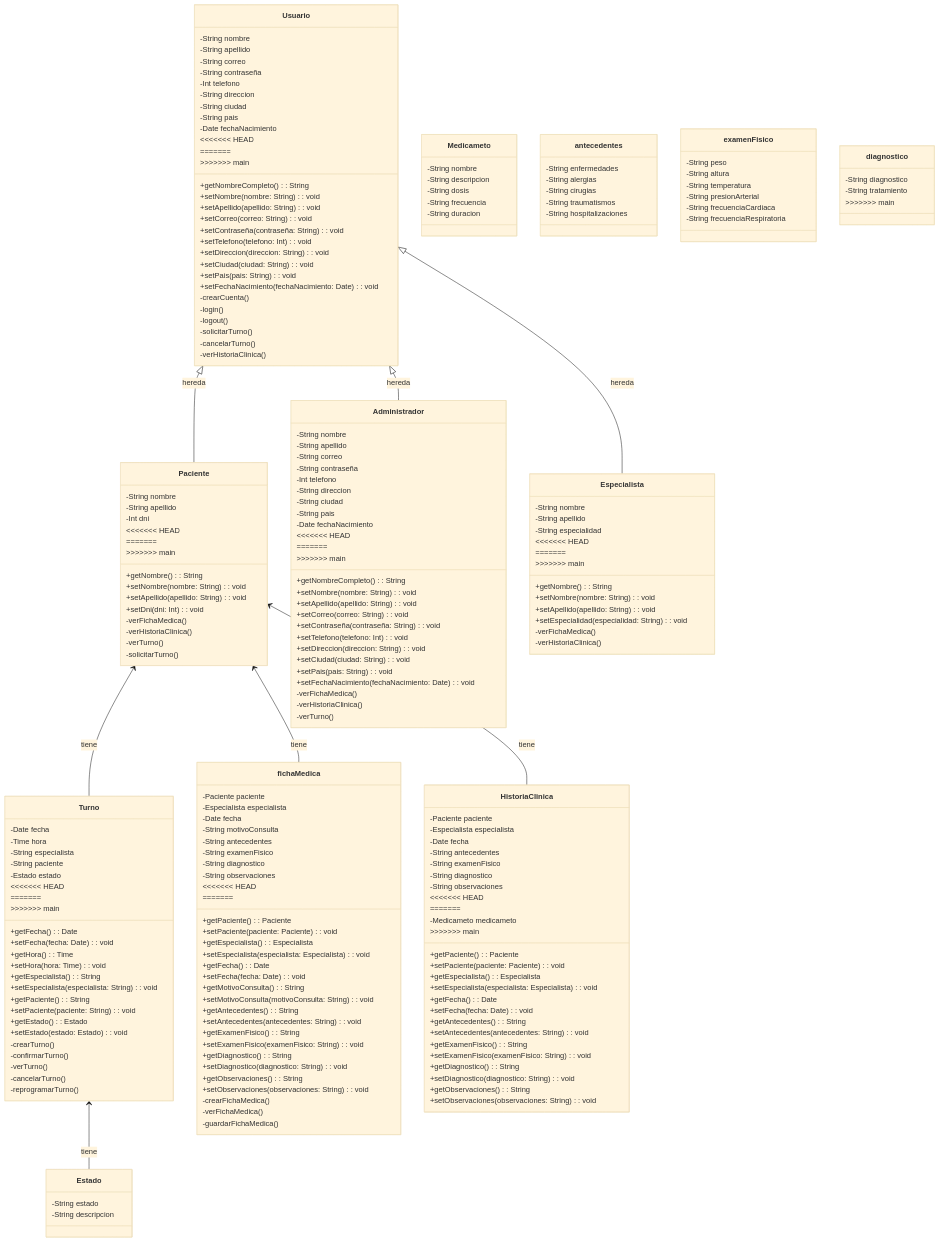
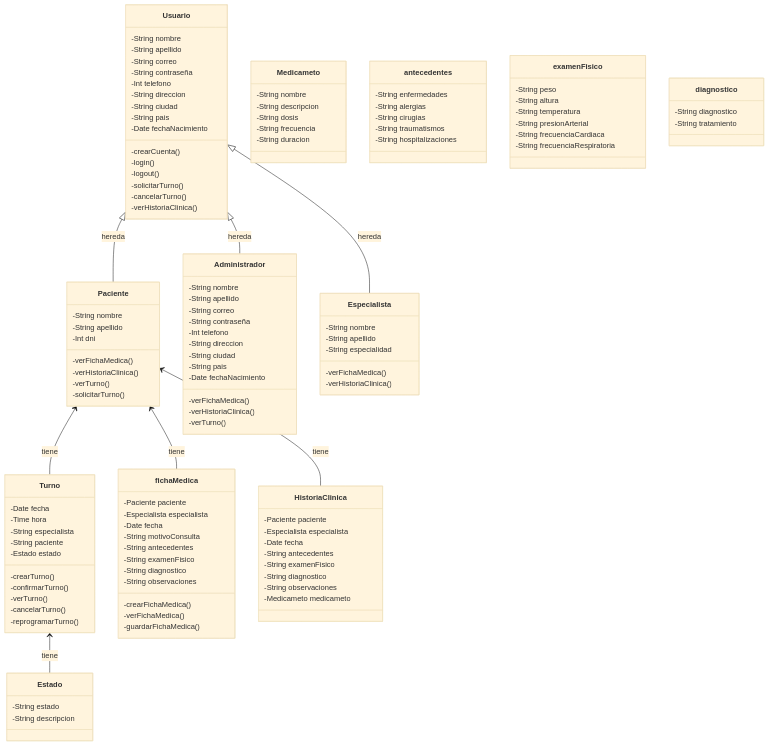
Before and after one commit to TomiAltero/downisup: the diagram in diagramas/diagrama-clase/diagrama-clase.mmd, drawn with Mermaid (base theme). The commit also changed 1 other file, not shown here.

```diff
--- a/diagramas/diagrama-clase/diagrama-clase.mmd
+++ b/diagramas/diagrama-clase/diagrama-clase.mmd
@@ -17,19 +17,6 @@
         -String ciudad
         -String pais
         -Date fechaNacimiento
-<<<<<<< HEAD
-        
-        +getNombreCompleto(): String
-        +setNombre(nombre: String): void
-        +setApellido(apellido: String): void
-        +setCorreo(correo: String): void
-        +setContraseña(contraseña: String): void
-        +setTelefono(telefono: Int): void
-        +setDireccion(direccion: String): void
-        +setCiudad(ciudad: String): void
-        +setPais(pais: String): void
-        +setFechaNacimiento(fechaNacimiento: Date): void
-=======
 
         -crearCuenta()
         -login()
@@ -38,7 +25,6 @@
         -cancelarTurno()
         -verHistoriaClinica()
 
->>>>>>> main
     }
 
 
@@ -49,24 +35,11 @@
         -String paciente
         -Estado estado
 
-<<<<<<< HEAD
-        +getFecha(): Date
-        +setFecha(fecha: Date): void
-        +getHora(): Time
-        +setHora(hora: Time): void
-        +getEspecialista(): String
-        +setEspecialista(especialista: String): void
-        +getPaciente(): String
-        +setPaciente(paciente: String): void
-        +getEstado(): Estado
-        +setEstado(estado: Estado): void
-=======
         -crearTurno()
         -confirmarTurno()
         -verTurno()
         -cancelarTurno()
         -reprogramarTurno()
->>>>>>> main
     }
 
     class Estado {
@@ -79,17 +52,10 @@
         -String apellido
         -Int dni
 
-<<<<<<< HEAD
-        +getNombre(): String
-        +setNombre(nombre: String): void
-        +setApellido(apellido: String): void
-        +setDni(dni: Int): void
-=======
         -verFichaMedica()
         -verHistoriaClinica()
         -verTurno()
         -solicitarTurno()
->>>>>>> main
     }
 
     class Especialista {
@@ -97,15 +63,8 @@
         -String apellido
         -String especialidad
 
-<<<<<<< HEAD
-        +getNombre(): String
-        +setNombre(nombre: String): void
-        +setApellido(apellido: String): void
-        +setEspecialidad(especialidad: String): void
-=======
         -verFichaMedica()
         -verHistoriaClinica()
->>>>>>> main
     }
 
 
@@ -120,22 +79,9 @@
         -String pais
         -Date fechaNacimiento
 
-<<<<<<< HEAD
-        +getNombreCompleto(): String
-        +setNombre(nombre: String): void
-        +setApellido(apellido: String): void
-        +setCorreo(correo: String): void
-        +setContraseña(contraseña: String): void
-        +setTelefono(telefono: Int): void
-        +setDireccion(direccion: String): void
-        +setCiudad(ciudad: String): void
-        +setPais(pais: String): void
-        +setFechaNacimiento(fechaNacimiento: Date): void
-=======
         -verFichaMedica()
         -verHistoriaClinica()
         -verTurno()
->>>>>>> main
     }
 
     class fichaMedica {
@@ -148,24 +94,6 @@
         -String diagnostico
         -String observaciones
 
-<<<<<<< HEAD
-        +getPaciente(): Paciente
-        +setPaciente(paciente: Paciente): void
-        +getEspecialista(): Especialista
-        +setEspecialista(especialista: Especialista): void
-        +getFecha(): Date
-        +setFecha(fecha: Date): void
-        +getMotivoConsulta(): String
-        +setMotivoConsulta(motivoConsulta: String): void
-        +getAntecedentes(): String
-        +setAntecedentes(antecedentes: String): void
-        +getExamenFisico(): String
-        +setExamenFisico(examenFisico: String): void
-        +getDiagnostico(): String
-        +setDiagnostico(diagnostico: String): void
-        +getObservaciones(): String
-        +setObservaciones(observaciones: String): void
-=======
         -crearFichaMedica()
         -verFichaMedica()
         -guardarFichaMedica()
@@ -200,7 +128,6 @@
     class diagnostico {
         -String diagnostico
         -String tratamiento
->>>>>>> main
     }
 
     class HistoriaClinica {
@@ -211,25 +138,7 @@
         -String examenFisico
         -String diagnostico
         -String observaciones
-<<<<<<< HEAD
-
-        +getPaciente(): Paciente
-        +setPaciente(paciente: Paciente): void
-        +getEspecialista(): Especialista
-        +setEspecialista(especialista: Especialista): void
-        +getFecha(): Date
-        +setFecha(fecha: Date): void
-        +getAntecedentes(): String
-        +setAntecedentes(antecedentes: String): void
-        +getExamenFisico(): String
-        +setExamenFisico(examenFisico: String): void
-        +getDiagnostico(): String
-        +setDiagnostico(diagnostico: String): void
-        +getObservaciones(): String
-        +setObservaciones(observaciones: String): void
-=======
         -Medicameto medicameto
 
         
->>>>>>> main
     }
```
